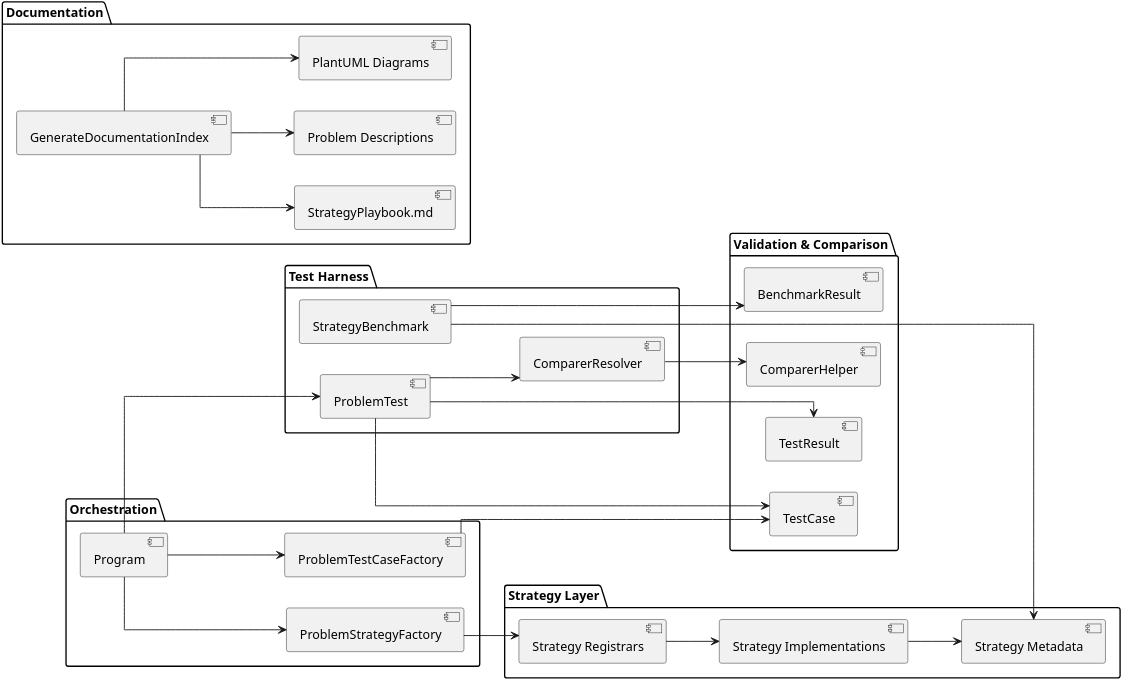
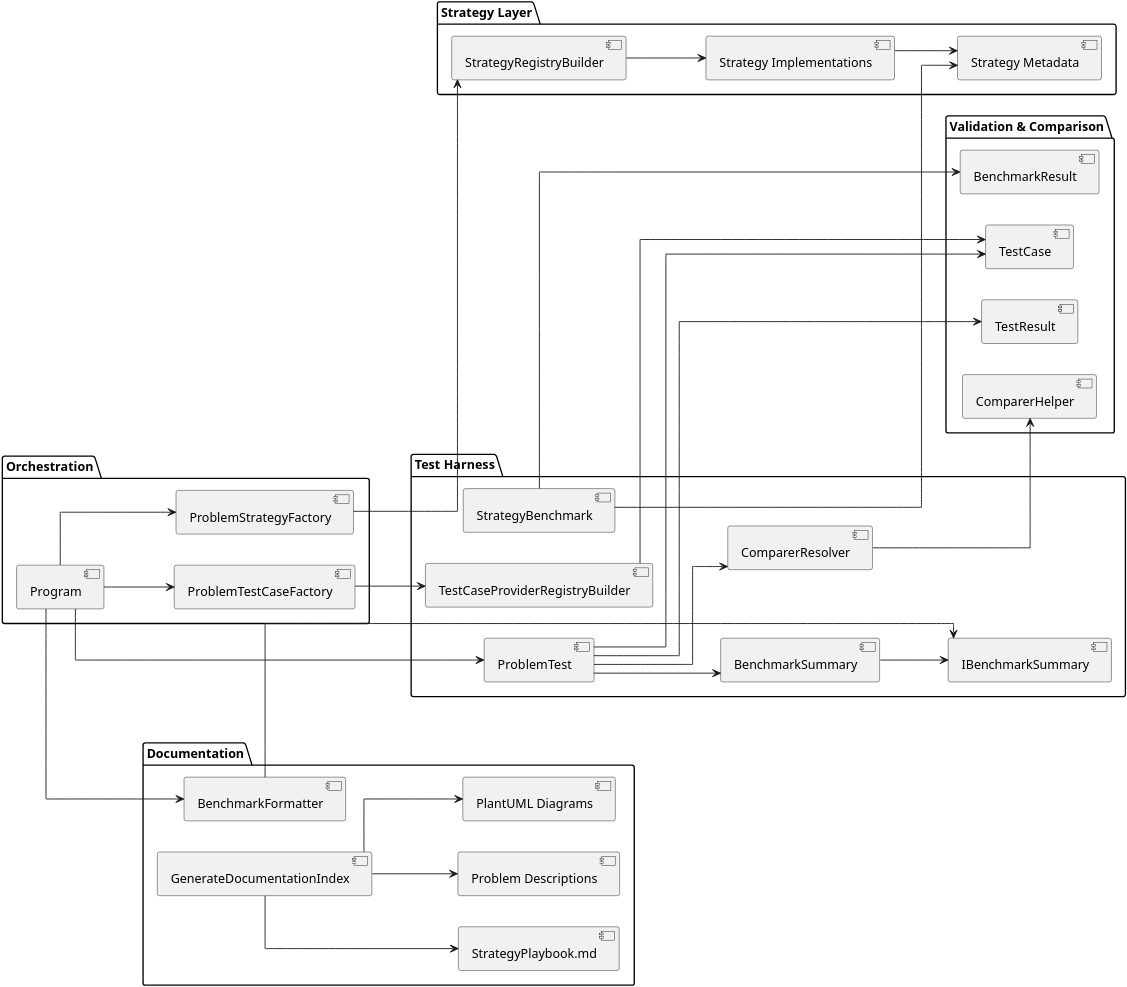
One commit to abhimanyu-builds/Leetcode changed the diagram in Leetcode/Documentation/diagrams/modular-component-diagram.puml. Above: the diagram before and after it, drawn with PlantUML. The commit also changed 7 other files, not shown here.

Commit message:
Update documentation for reflection-based strategy discovery and benchmark integration

```diff
--- a/Leetcode/Documentation/diagrams/modular-component-diagram.puml
+++ b/Leetcode/Documentation/diagrams/modular-component-diagram.puml
@@ -1,62 +1,74 @@
 @startuml modular-component-diagram
 skinparam shadowing false
 skinparam linetype ortho
 skinparam dpi 300
 left to right direction
 scale 1.5
 
 package "Orchestration" {
   [Program]
   [ProblemStrategyFactory]
   [ProblemTestCaseFactory]
 }
 
 package "Strategy Layer" {
-  [Strategy Registrars]
+  [StrategyRegistryBuilder]
   [Strategy Implementations]
   [Strategy Metadata]
 }
 
 package "Test Harness" {
   [ProblemTest]
   [StrategyBenchmark]
   [ComparerResolver]
+  [BenchmarkSummary]
+  [IBenchmarkSummary]
+  [TestCaseProviderRegistryBuilder]
 }
 
 package "Validation & Comparison" {
   [ComparerHelper]
   [TestCase]
   [TestResult]
   [BenchmarkResult]
 }
 
 package "Documentation" {
+  [BenchmarkFormatter]
   [GenerateDocumentationIndex]
   [StrategyPlaybook.md]
   [Problem Descriptions]
   [PlantUML Diagrams]
 }
 
+' === Orchestration Relationships ===
 [Program] --> [ProblemStrategyFactory]
 [Program] --> [ProblemTestCaseFactory]
 [Program] --> [ProblemTest]
+[Program] --> [BenchmarkFormatter]
 
-[ProblemStrategyFactory] --> [Strategy Registrars]
-[Strategy Registrars] --> [Strategy Implementations]
+' === Strategy Layer Relationships ===
+[ProblemStrategyFactory] --> [StrategyRegistryBuilder]
+[StrategyRegistryBuilder] --> [Strategy Implementations]
 [Strategy Implementations] --> [Strategy Metadata]
 
-[ProblemTestCaseFactory] --> [TestCase]
-
+' === Test Harness Relationships ===
+[ProblemTestCaseFactory] --> [TestCaseProviderRegistryBuilder]
+[TestCaseProviderRegistryBuilder] --> [TestCase]
 [ProblemTest] --> [TestCase]
 [ProblemTest] --> [TestResult]
 [ProblemTest] --> [ComparerResolver]
+[ProblemTest] --> [BenchmarkSummary]
+[BenchmarkSummary] --> [IBenchmarkSummary]
 [ComparerResolver] --> [ComparerHelper]
 
 [StrategyBenchmark] --> [BenchmarkResult]
 [StrategyBenchmark] --> [Strategy Metadata]
 
+' === Documentation Relationships ===
+[BenchmarkFormatter] --> [IBenchmarkSummary]
 [GenerateDocumentationIndex] --> [StrategyPlaybook.md]
 [GenerateDocumentationIndex] --> [Problem Descriptions]
 [GenerateDocumentationIndex] --> [PlantUML Diagrams]
 
 @enduml
```
